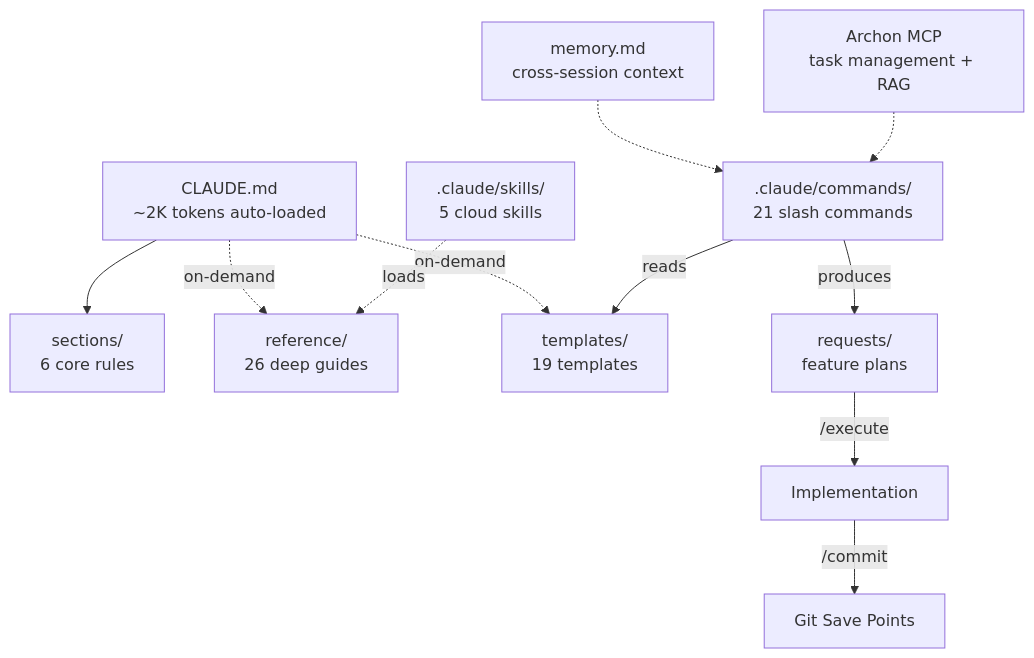
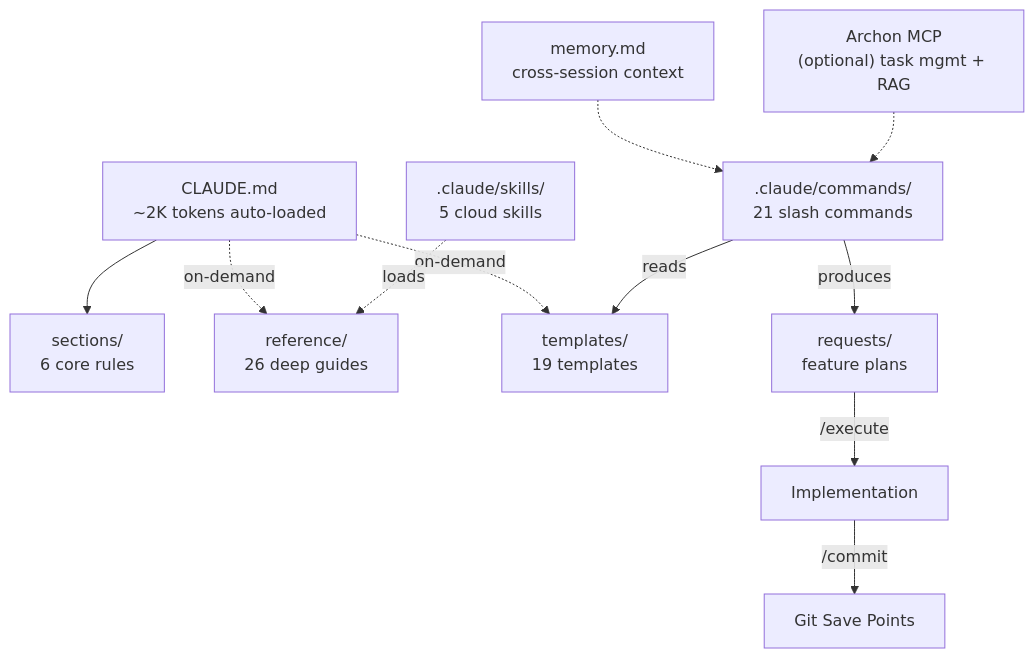
One commit to ryanjosebrosas/original-coding-system-claude changed the second of 2 diagrams in README.md. Above: the diagram before and after it, drawn with Mermaid. The commit also changed other lines of this file, not shown here.

````diff
--- a/README.md
+++ b/README.md
@@ -46,17 +46,17 @@
 ```mermaid
 graph TD
     CLAUDE["CLAUDE.md<br/>~2K tokens auto-loaded"] --> S["sections/<br/>6 core rules"]
     CLAUDE -.->|"on-demand"| R["reference/<br/>26 deep guides"]
     CLAUDE -.->|"on-demand"| T["templates/<br/>19 templates"]
 
     CMD[".claude/commands/<br/>21 slash commands"] -->|"reads"| T
     CMD -->|"produces"| REQ["requests/<br/>feature plans"]
 
     SK[".claude/skills/<br/>5 cloud skills"] -.->|"loads"| R
 
     MEM["memory.md<br/>cross-session context"] -.-> CMD
-    ARCHON["Archon MCP<br/>task management + RAG"] -.-> CMD
+    ARCHON["Archon MCP<br/>(optional) task mgmt + RAG"] -.-> CMD
 
     REQ -->|"/execute"| IMPL["Implementation"]
     IMPL -->|"/commit"| GIT["Git Save Points"]
 ```
````
